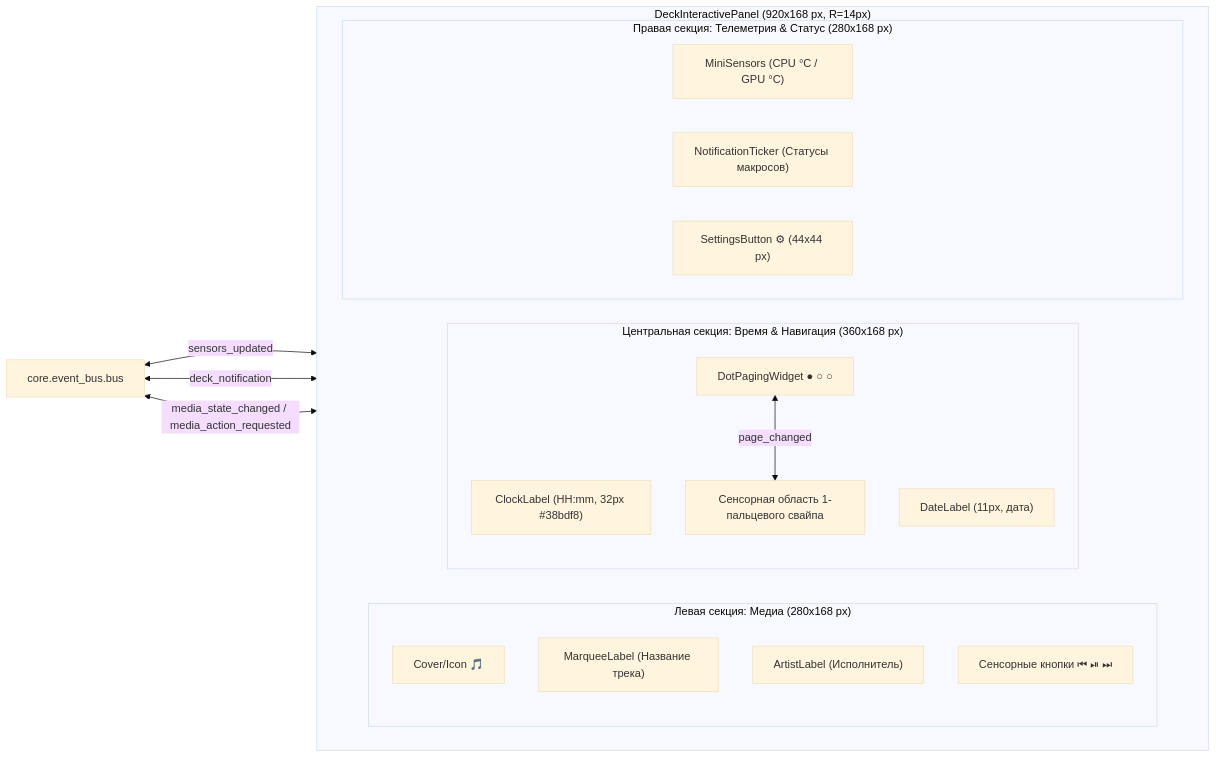
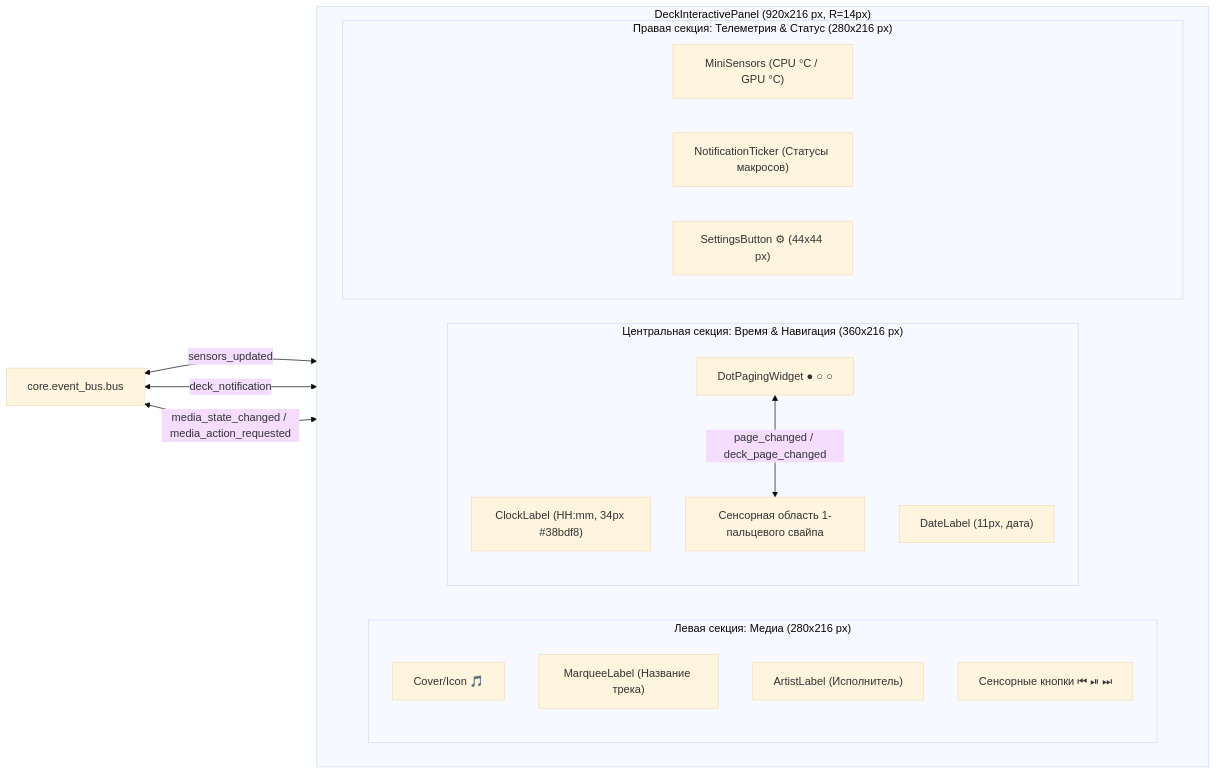
The diagram in .md/deck/deck_base_func.md (Einthel/duckdock), drawn with Mermaid (base theme) before and after one commit. The commit also changed other lines of this file and 3 other files, not shown here.

Commit message:
feat(deck): refactor 2x5 grid layout and reserve DeckInteractivePanel (step 1.1)

````diff
--- a/.md/deck/deck_base_func.md
+++ b/.md/deck/deck_base_func.md
@@ -46,30 +49,30 @@
 ```mermaid
 flowchart LR
-    subgraph Panel ["DeckInteractivePanel (920x168 px, R=14px)"]
+    subgraph Panel ["DeckInteractivePanel (920x216 px, R=14px)"]
         direction LR
-        subgraph LeftSec ["Левая секция: Медиа (280x168 px)"]
+        subgraph LeftSec ["Левая секция: Медиа (280x216 px)"]
             Art["Cover/Icon 🎵"]
             TrackMarquee["MarqueeLabel (Название трека)"]
             ArtistLbl["ArtistLabel (Исполнитель)"]
             MediaControls["Сенсорные кнопки ⏮ ⏯ ⏭"]
         end
 
-        subgraph CenterSec ["Центральная секция: Время & Навигация (360x168 px)"]
-            Clock["ClockLabel (HH:mm, 32px #38bdf8)"]
+        subgraph CenterSec ["Центральная секция: Время & Навигация (360x216 px)"]
+            Clock["ClockLabel (HH:mm, 34px #38bdf8)"]
             DateLbl["DateLabel (11px, дата)"]
             Dots["DotPagingWidget ● ○ ○"]
             SwipeZone["Сенсорная область 1-пальцевого свайпа"]
         end
 
-        subgraph RightSec ["Правая секция: Телеметрия & Статус (280x168 px)"]
+        subgraph RightSec ["Правая секция: Телеметрия & Статус (280x216 px)"]
             Sensors["MiniSensors (CPU °C / GPU °C)"]
             Ticker["NotificationTicker (Статусы макросов)"]
             SettingsBtn["SettingsButton ⚙ (44x44 px)"]
         end
     end
 
     EventBus["core.event_bus.bus"] <-->|media_state_changed / media_action_requested| LeftSec
     EventBus <-->|sensors_updated| Sensors
     EventBus <-->|deck_notification| Ticker
-    Dots <-->|page_changed| SwipeZone
+    Dots <-->|page_changed / deck_page_changed| SwipeZone
 ```
````
